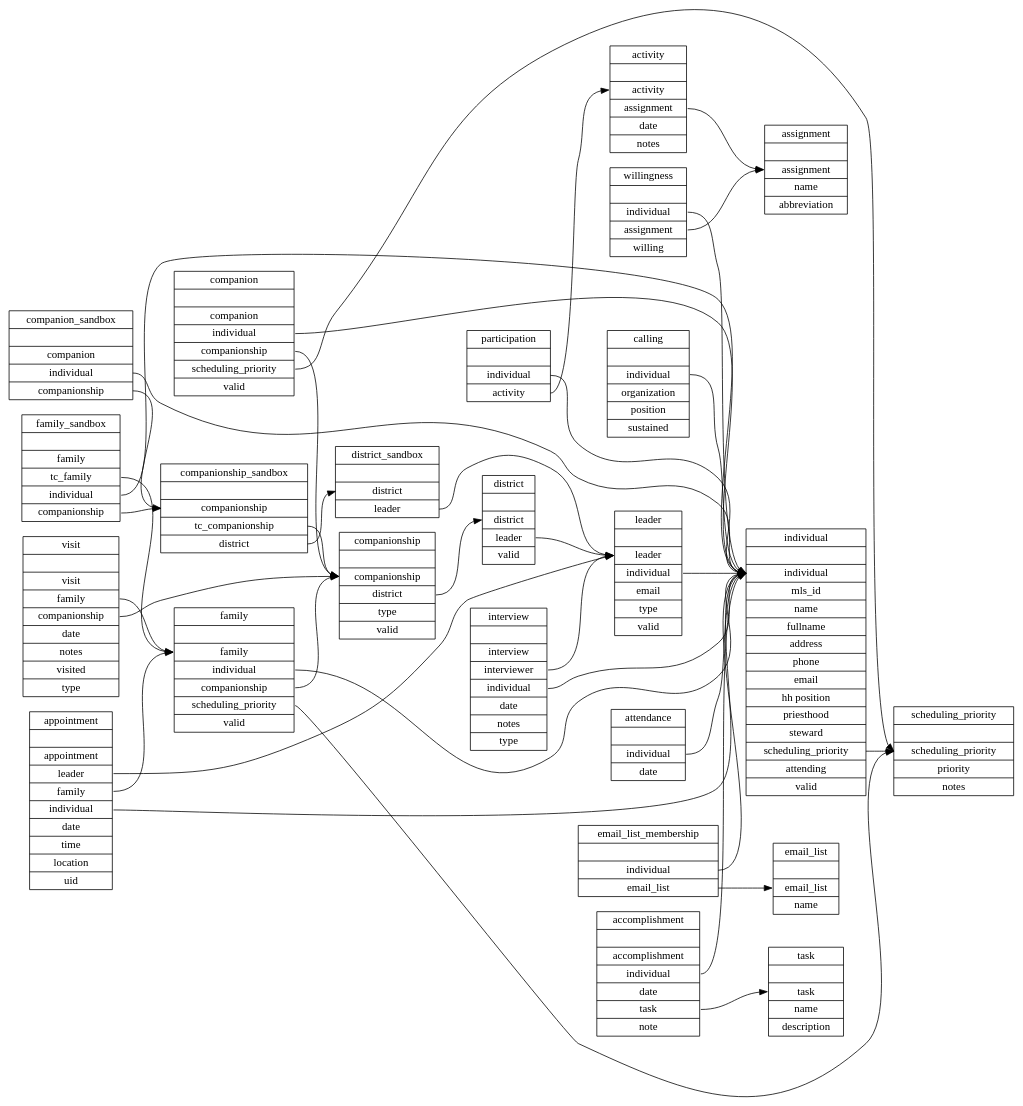
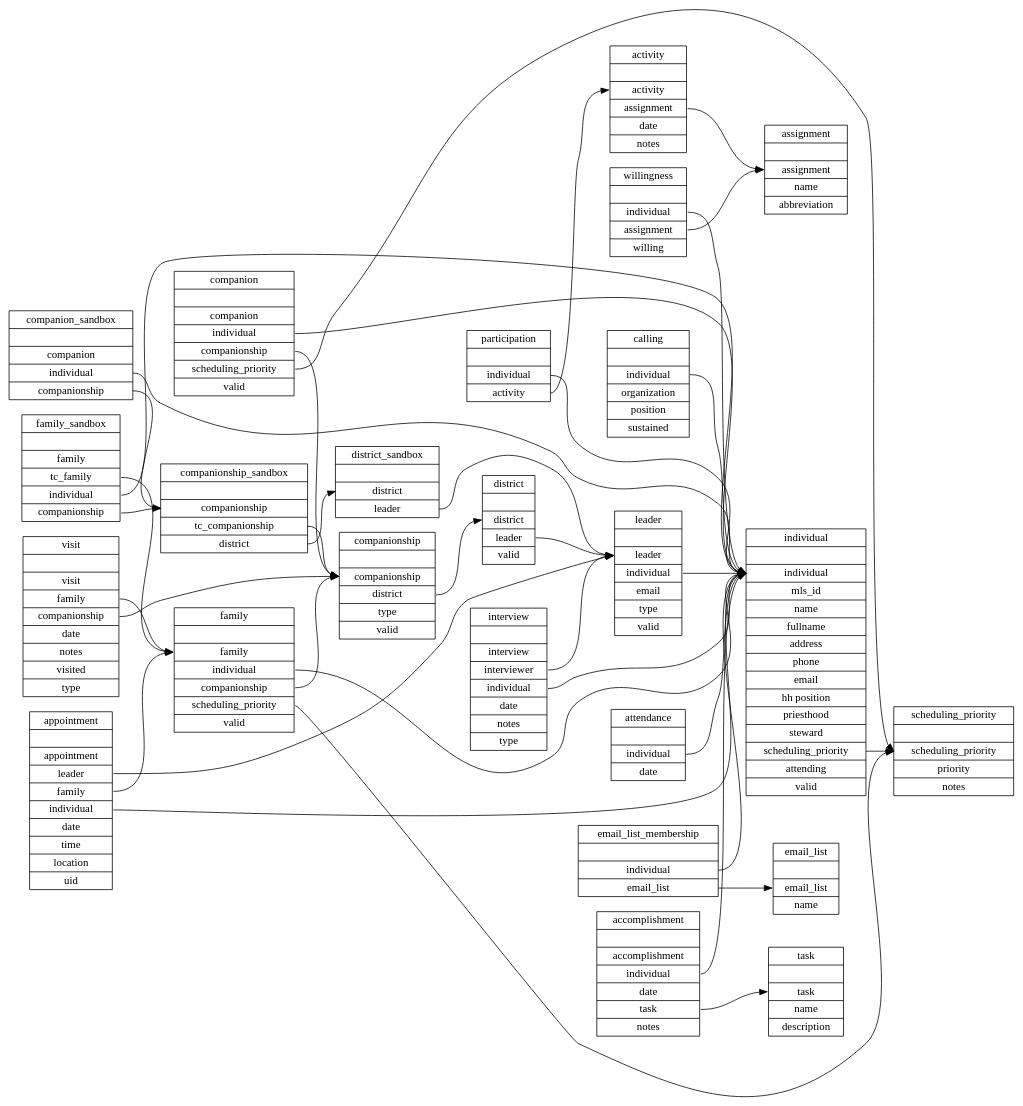
Before and after one commit to apippin/tc: the diagram in sql/schema.dot, drawn with Graphviz. The commit also changed 3 other files, not shown here.

Commit message:
changed note field in tc_accomplishment to notes

```diff
--- a/sql/schema.dot
+++ b/sql/schema.dot
@@ -1,155 +1,155 @@
 digraph schema {
   graph [
     rankdir = "LR"
   ];
   activity   [
     label = "activity||<a> activity|<s> assignment|<t> date|<n> notes"
     shape = "record"
   ];
   appointment   [
     label = "appointment||<a> appointment|<l> leader|<f> family|<i> individual |<d> date|<t> time|<l> location|<u> uid"
     shape = "record"
   ];
   assignment    [
     label = "assignment||<a> assignment|<n> name|<ab> abbreviation"
     shape = "record"
   ];
   attendance   [
     label = "attendance||<i> individual|<d> date"
     shape = "record"
   ];
   calling       [
     label = "calling||<i> individual|<o> organization|<p> position|<s> sustained"
     shape = "record"
   ];
   companion   [
     label = "companion||<c> companion|<i> individual|<cp> companionship|<sp> scheduling_priority|<v> valid"
     shape = "record"
   ];
   companionship   [
     label = "companionship||<c> companionship|<d> district|<t> type|<v> valid"
     shape = "record"
   ];
   district      [
     label = "district||<d> district|<l> leader|<v> valid"
     shape = "record"
   ];
   individual   [
     label = "individual||<i> individual|<id> mls_id|<n> name|<fn> fullname|<a> address|<p> phone|<em> email|<hh> hh position|<pr> priesthood|<st> steward|<sp> scheduling_priority|<a> attending|<v> valid"
     shape = "record"
   ];
   family   [
     label = "family||<f> family|<i> individual|<c> companionship|<sp> scheduling_priority|<v> valid"
     shape = "record"
   ];
   participation   [
     label = "participation||<i> individual|<a> activity"
     shape = "record"
   ];
   interview   [
     label = "interview||<in> interview|<i> interviewer|<il> individual|<t> date|<n> notes|<t> type"
     shape = "record"
   ];
   leader    [
     label = "leader||<l> leader|<i> individual|<em> email|<t> type|<v> valid"
     shape = "record"
   ];
   visit   [
     label = "visit||<v> visit|<f> family|<c> companionship|<t> date|<n> notes|<v> visited|<vt> type"
     shape = "record"
   ];
   willingness   [
     label = "willingness||<i> individual|<a> assignment|<w> willing"
     shape = "record"
   ];
   scheduling_priority   [
     label = "scheduling_priority||<sp> scheduling_priority|<p> priority|<n> notes"
     shape = "record"
   ];
   email_list   [
     label = "email_list||<e> email_list|<n> name"
     shape = "record"
   ];
   email_list_membership   [
     label = "email_list_membership||<i> individual|<e> email_list"
     shape = "record"
   ];
   accomplishment   [
-    label = "accomplishment||<a> accomplishment|<i> individual|<d> date|<t> task|<n> note"
+    label = "accomplishment||<a> accomplishment|<i> individual|<d> date|<t> task|<n> notes"
     shape = "record"
   ];
   task   [
     label = "task||<t> task|<n> name|<d> description"
     shape = "record"
   ];
   district_sandbox   [
     label = "district_sandbox||<d> district|<l> leader"
     shape = "record"
   ];
   companion_sandbox   [
     label = "companion_sandbox||<c> companion|<i> individual|<cp> companionship"
     shape = "record"
   ];
   companionship_sandbox   [
     label = "companionship_sandbox||<cp> companionship|<tcp> tc_companionship|<d> district"
     shape = "record"
   ];
   family_sandbox   [
     label = "family_sandbox||<f> family|<tcf> tc_family|<i> individual|<cp> companionship"
     shape = "record"
   ];
 
   activity:s      -> assignment:a
 
   appointment:l   -> leader:l
   appointment:f   -> family:f
   appointment:i   -> individual:i
 
   attendance:i    -> individual:i
   
   calling:i       -> individual:i
 
   companion:cp    -> companionship:c
   companion:i     -> individual:i
   companion:sp    -> scheduling_priority:sp
 
   companionship:d -> district:d
   
   district:l      -> leader:l
   
   individual:sp   -> scheduling_priority:sp
   
   family:i        -> individual:i
   family:c        -> companionship:c
   family:sp       -> scheduling_priority:sp
 
   participation:i -> individual:i
   participation:a -> activity:a
 
   interview:il    -> individual:i
   interview:i     -> leader:l
 
   leader:i    -> individual:i
 
   visit:c         -> companionship:c
   visit:f         -> family:f
 
   willingness:i   -> individual:i
   willingness:a   -> assignment:a
 
   email_list_membership:i  -> individual:i
   email_list_membership:e  -> email_list:e
   
   accomplishment:i   -> individual:i
   accomplishment:t   -> task:t
  
   district_sandbox:l      -> leader:l
   companion_sandbox:i     -> individual:i
   companion_sandbox:cp    -> companionship_sandbox:cp
   companionship_sandbox:tcp -> companionship:c
   companionship_sandbox:d -> district_sandbox:d
   family_sandbox:tcf      -> family:f
   family_sandbox:i        -> individual:i
   family_sandbox:cp       -> companionship_sandbox:cp
   
 }
```
